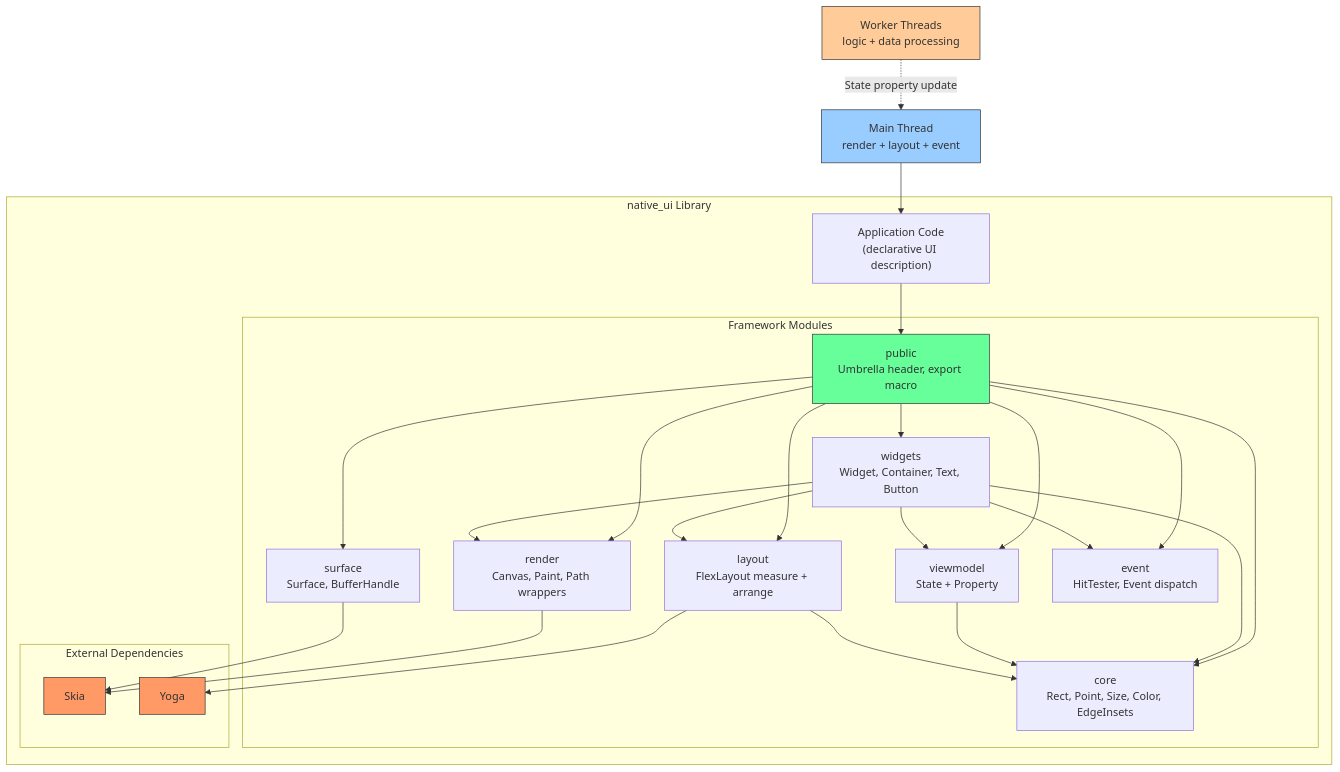
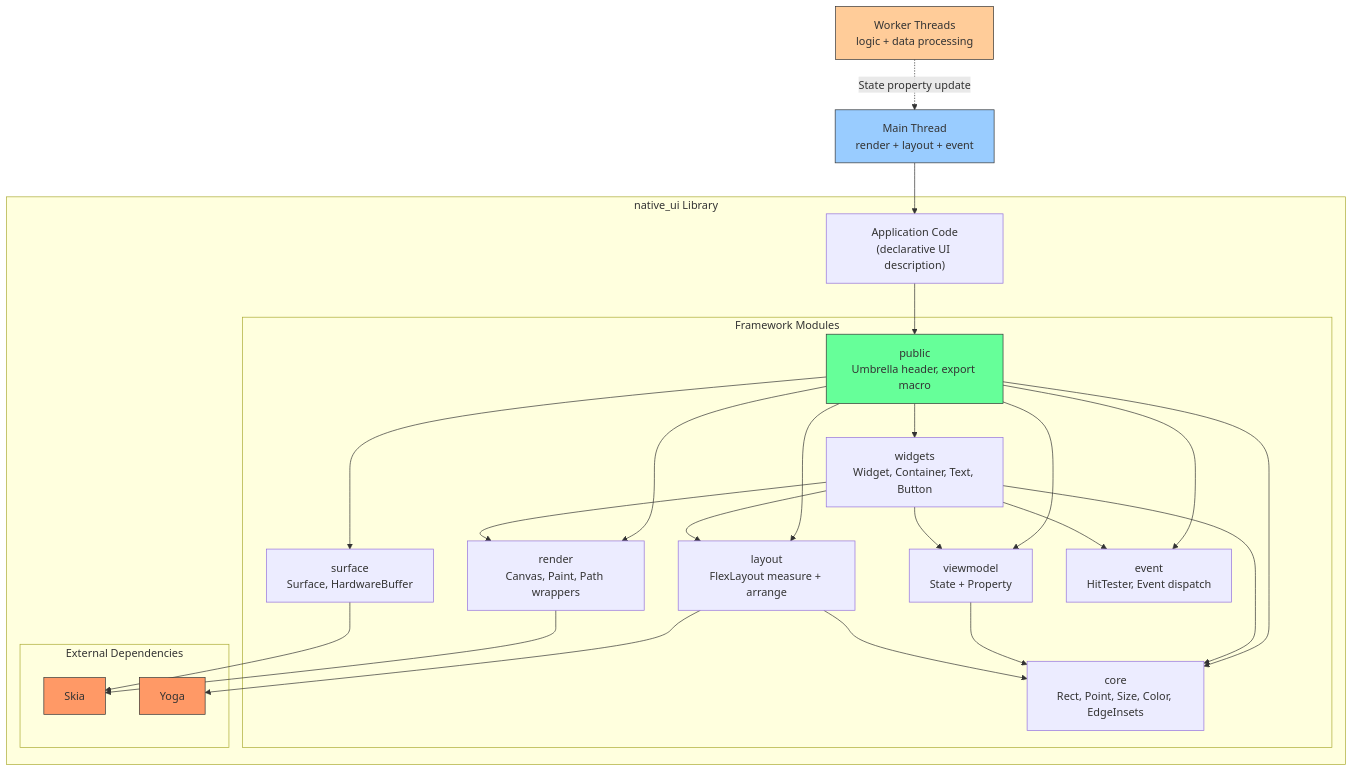
Before and after one commit to oxsource/native_ui: the first of 7 diagrams in specs/002-architecture-engineering-design/plan.md, drawn with Mermaid. The commit also changed 6 other files, not shown here.

First line of the commit message:
docs(arch): rename BufferHandle to HardwareBuffer

````diff
--- a/specs/002-architecture-engineering-design/plan.md
+++ b/specs/002-architecture-engineering-design/plan.md
@@ -110,53 +110,53 @@
 ```mermaid
 graph TD
     subgraph "native_ui Library"
         APP["Application Code<br/>(declarative UI description)"]
         
         subgraph "Framework Modules"
             CORE["core<br/>Rect, Point, Size, Color, EdgeInsets"]
             LAYOUT["layout<br/>FlexLayout measure + arrange"]
             RENDER["render<br/>Canvas, Paint, Path wrappers"]
-            SURFACE["surface<br/>Surface, BufferHandle"]
+            SURFACE["surface<br/>Surface, HardwareBuffer"]
             WIDGETS["widgets<br/>Widget, Container, Text, Button"]
             VIEWMODEL["viewmodel<br/>State + Property<T>"]
             EVENT["event<br/>HitTester, Event dispatch"]
             PUBLIC["public<br/>Umbrella header, export macro"]
         end
         
         subgraph "External Dependencies"
             SKIA["Skia"]
             YOGA["Yoga"]
         end
         
         APP --> PUBLIC
         PUBLIC --> WIDGETS
         PUBLIC --> VIEWMODEL
         PUBLIC --> LAYOUT
         PUBLIC --> RENDER
         PUBLIC --> EVENT
         PUBLIC --> SURFACE
         PUBLIC --> CORE
         WIDGETS --> CORE
         WIDGETS --> VIEWMODEL
         WIDGETS --> LAYOUT
         WIDGETS --> RENDER
         WIDGETS --> EVENT
         VIEWMODEL --> CORE
         LAYOUT --> CORE
         LAYOUT --> YOGA
         RENDER --> SKIA
         SURFACE --> SKIA
     end
 
     MT["Main Thread<br/>render + layout + event"]
     WT["Worker Threads<br/>logic + data processing"]
 
     MT --> APP
     WT -.->|State property update| MT
 
     style SKIA fill:#f96,stroke:#333
     style YOGA fill:#f96,stroke:#333
     style PUBLIC fill:#6f9,stroke:#333
     style MT fill:#9cf,stroke:#333
     style WT fill:#fc9,stroke:#333
 ```
````
